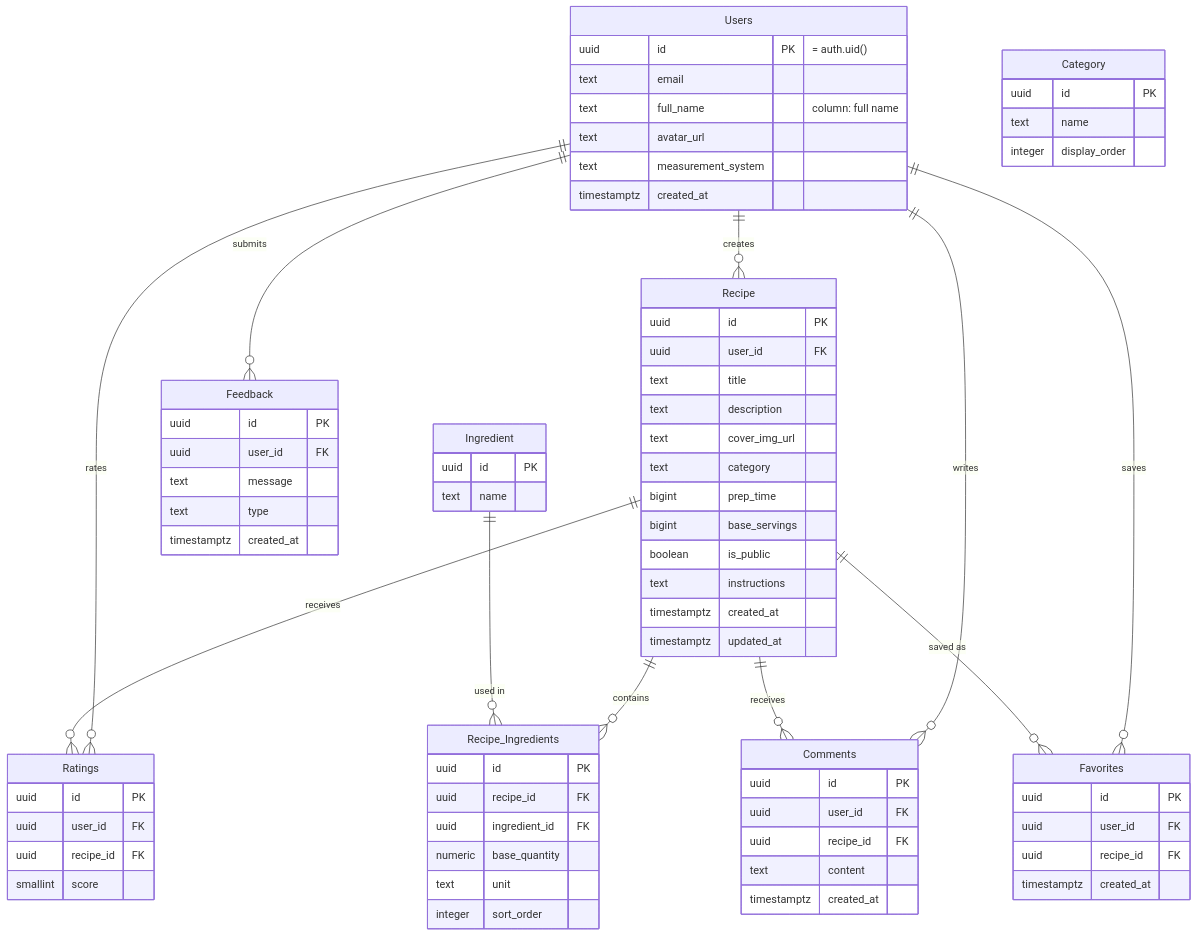
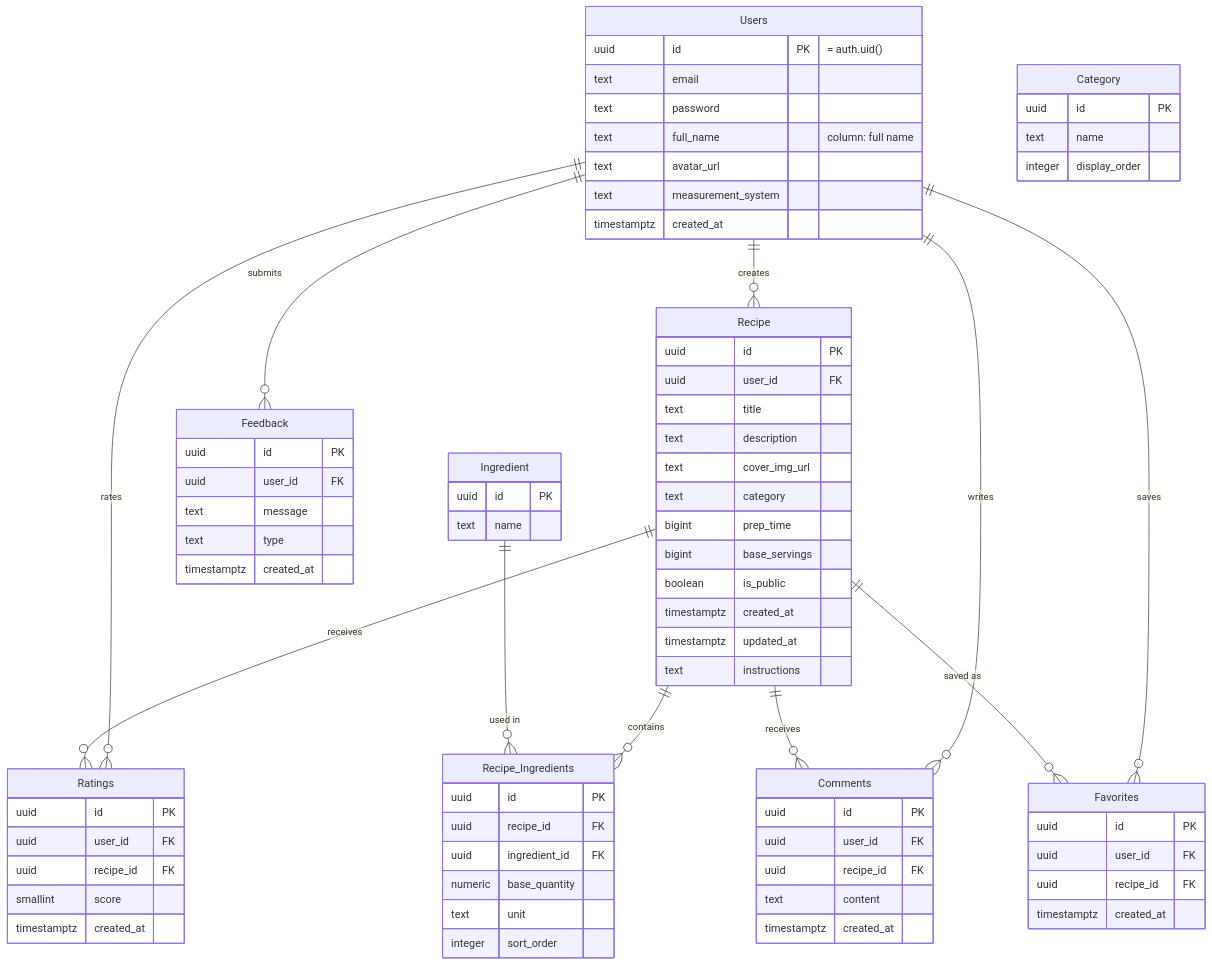
One commit to ItayShaby/Make-A-Portion changed the diagram in README.md. Above: the diagram before and after it, drawn with Mermaid. The commit also changed other lines of this file, not shown here.

Commit message:
Remove screenshots and make ERD exactly match the Supabase schema

````diff
--- a/README.md
+++ b/README.md
@@ -109,79 +96,81 @@
 ```mermaid
 erDiagram
     Users ||--o{ Recipe : "creates"
     Users ||--o{ Ratings : "rates"
     Users ||--o{ Comments : "writes"
     Users ||--o{ Favorites : "saves"
     Users ||--o{ Feedback : "submits"
     Recipe ||--o{ Recipe_Ingredients : "contains"
     Ingredient ||--o{ Recipe_Ingredients : "used in"
     Recipe ||--o{ Ratings : "receives"
     Recipe ||--o{ Comments : "receives"
     Recipe ||--o{ Favorites : "saved as"
 
     Users {
         uuid id PK "= auth.uid()"
         text email
+        text password
         text full_name "column: full name"
         text avatar_url
         text measurement_system
         timestamptz created_at
     }
     Recipe {
         uuid id PK
         uuid user_id FK
         text title
         text description
         text cover_img_url
         text category
         bigint prep_time
         bigint base_servings
         boolean is_public
-        text instructions
         timestamptz created_at
         timestamptz updated_at
+        text instructions
     }
     Ingredient {
         uuid id PK
         text name
     }
     Recipe_Ingredients {
         uuid id PK
         uuid recipe_id FK
         uuid ingredient_id FK
         numeric base_quantity
         text unit
         integer sort_order
     }
     Ratings {
         uuid id PK
         uuid user_id FK
         uuid recipe_id FK
         smallint score
+        timestamptz created_at
     }
     Comments {
         uuid id PK
         uuid user_id FK
         uuid recipe_id FK
         text content
         timestamptz created_at
     }
     Favorites {
         uuid id PK
         uuid user_id FK
         uuid recipe_id FK
         timestamptz created_at
     }
     Feedback {
         uuid id PK
         uuid user_id FK
         text message
         text type
         timestamptz created_at
     }
     Category {
         uuid id PK
         text name
         integer display_order
     }
 ```
````
